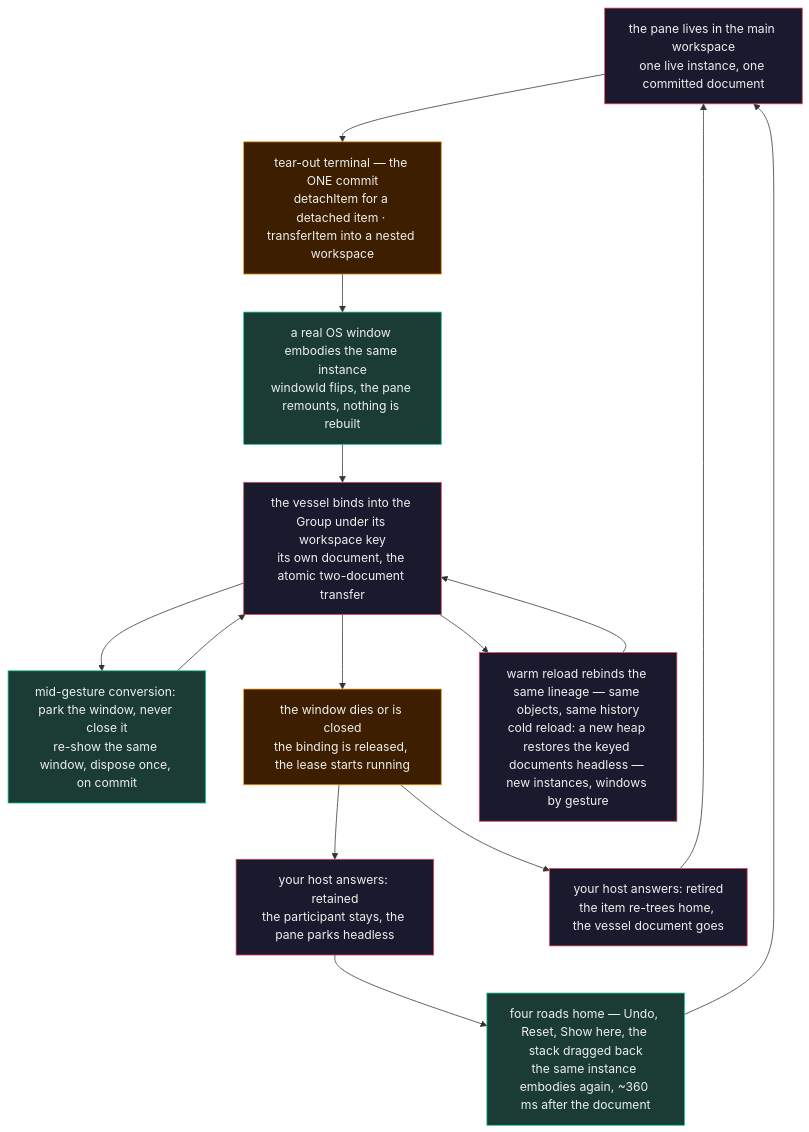
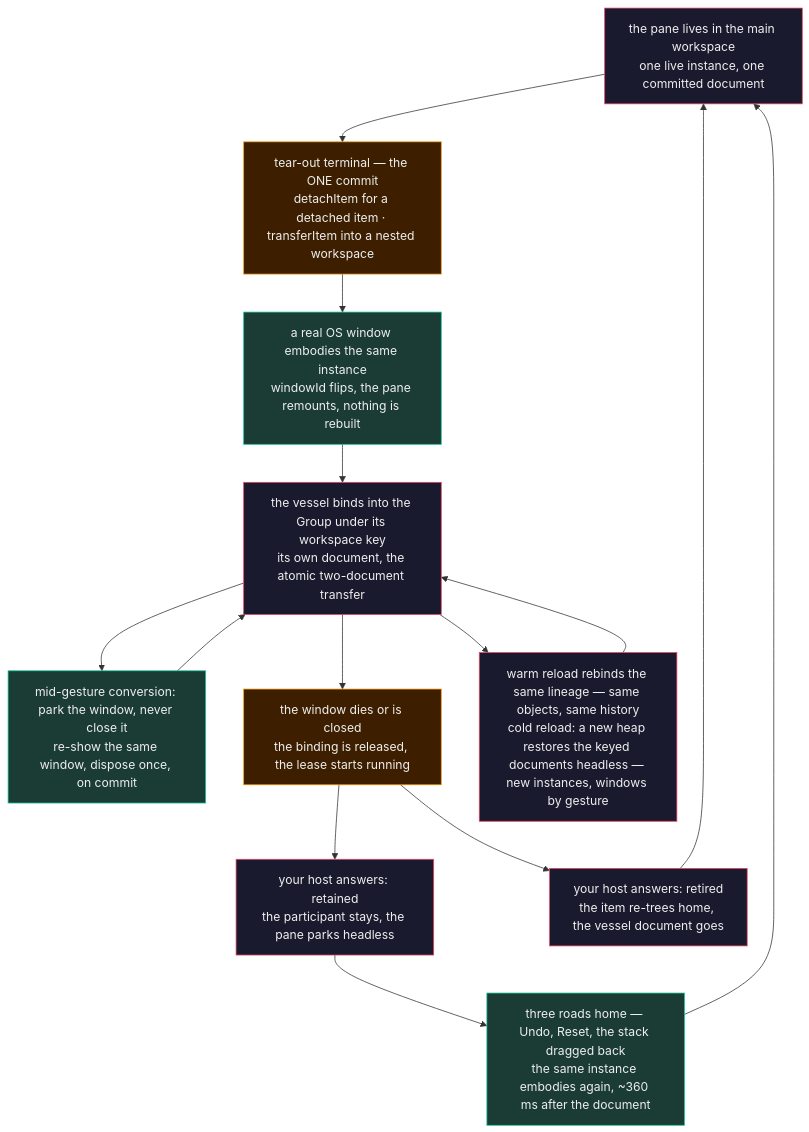
Before and after one commit to neomjs/neo: the diagram in learn/guides/uibuildingblocks/DockLayoutsWindows.md, drawn with Mermaid. The commit also changed other lines of this file and 10 other files, not shown here.

````diff
--- a/learn/guides/uibuildingblocks/DockLayoutsWindows.md
+++ b/learn/guides/uibuildingblocks/DockLayoutsWindows.md
@@ -71,31 +71,31 @@
 ```mermaid
 flowchart TD
     classDef truth fill:#1a1a2e,stroke:#e94560,stroke-width:1px,color:#eee
     classDef window fill:#1a3c34,stroke:#16c79a,stroke-width:1px,color:#eee
     classDef decision fill:#3d1f00,stroke:#f39c12,stroke-width:1px,color:#eee
 
     Home["the pane lives in the main workspace<br/>one live instance, one committed document"]:::truth
     Terminal["tear-out terminal — the ONE commit<br/>detachItem for a detached item · transferItem into a nested workspace"]:::decision
     Vessel["a real OS window embodies the same instance<br/>windowId flips, the pane remounts, nothing is rebuilt"]:::window
     Participant["the vessel binds into the Group under its workspace key<br/>its own document, the atomic two-document transfer"]:::truth
     Park["mid-gesture conversion: park the window, never close it<br/>re-show the same window, dispose once, on commit"]:::window
     Release["the window dies or is closed<br/>the binding is released, the lease starts running"]:::decision
     Retain["your host answers: retained<br/>the participant stays, the pane parks headless"]:::truth
     Retire["your host answers: retired<br/>the item re-trees home, the vessel document goes"]:::truth
-    Return["four roads home — Undo, Reset, Show here, the stack dragged back<br/>the same instance embodies again, ~360 ms after the document"]:::window
+    Return["three roads home — Undo, Reset, the stack dragged back<br/>the same instance embodies again, ~360 ms after the document"]:::window
     Reload["warm reload rebinds the same lineage — same objects, same history<br/>cold reload: a new heap restores the keyed documents headless — new instances, windows by gesture"]:::truth
 
     Home --> Terminal
     Terminal --> Vessel
     Vessel --> Participant
     Participant --> Park
     Park --> Participant
     Participant --> Release
     Release --> Retain
     Release --> Retire
     Retain --> Return
     Retire --> Home
     Return --> Home
     Participant --> Reload
     Reload --> Participant
 ```
````
